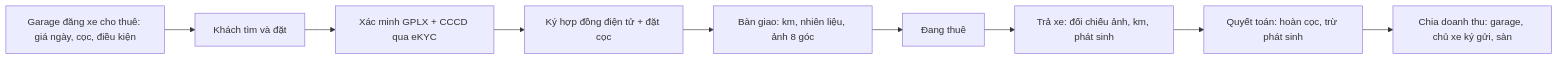
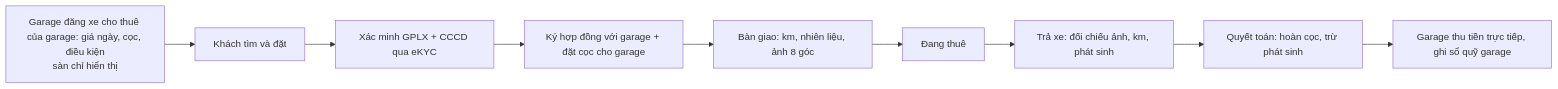
Before and after one commit to south93/cardiy-crm: the ninth of 9 diagrams in docs/04-luong-nghiep-vu.md, drawn with Mermaid. The commit also changed other lines of this file and 9 other files, not shown here.

First line of the commit message:
Cập nhật đặc tả: sàn chỉ là trung gian, cứu hộ là dịch vụ của garage; thêm lộ trình

````diff
--- a/docs/04-luong-nghiep-vu.md
+++ b/docs/04-luong-nghiep-vu.md
@@ -228,11 +225,11 @@
 ```mermaid
 flowchart LR
-  A["Garage đăng xe cho thuê: giá ngày, cọc, điều kiện"] --> B["Khách tìm và đặt"]
+  A["Garage đăng xe cho thuê của garage: giá ngày, cọc, điều kiện<br/>sàn chỉ hiển thị"] --> B["Khách tìm và đặt"]
   B --> C["Xác minh GPLX + CCCD qua eKYC"]
-  C --> D["Ký hợp đồng điện tử + đặt cọc"]
+  C --> D["Ký hợp đồng với garage + đặt cọc cho garage"]
   D --> E["Bàn giao: km, nhiên liệu, ảnh 8 góc"]
   E --> F["Đang thuê"]
   F --> G["Trả xe: đối chiếu ảnh, km, phát sinh"]
   G --> H["Quyết toán: hoàn cọc, trừ phát sinh"]
-  H --> I["Chia doanh thu: garage, chủ xe ký gửi, sàn"]
+  H --> I["Garage thu tiền trực tiếp, ghi sổ quỹ garage"]
 ```
````
